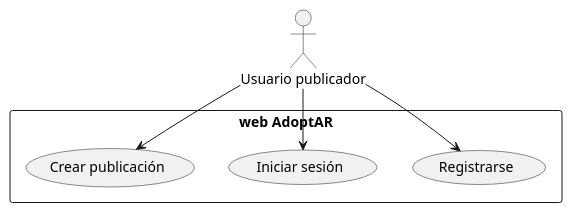
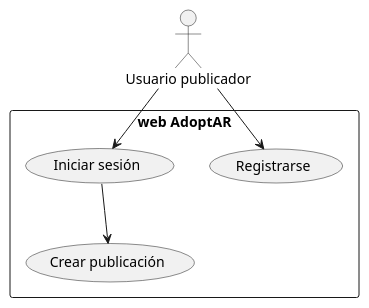
One commit to fedef1982/2025-TUP-Prog3-TP-Grupo2 changed the diagram in documentacion/diagramas/casos_de_uso1.puml. Above: the diagram before and after it, drawn with PlantUML. The commit also changed 3 other files, not shown here.

```diff
--- a/documentacion/diagramas/casos_de_uso1.puml
+++ b/documentacion/diagramas/casos_de_uso1.puml
@@ -1,20 +1,20 @@
-@startuml
+@startuml caso de uso 1
 
 'caso de uso 1 
 'Usuario publicador (registrado y autenticado):
 'Ver Registrarse o Iniciar sesión o Crear publicación
 
 actor "Usuario publicador" as Publicador
 
 rectangle "web AdoptAR" {
     
     (Registrarse) as Registrarse
     (Iniciar sesión) as IniciarSesion
     (Crear publicación) as CrearPublicacion
 }
 
 Publicador --> Registrarse
 Publicador --> IniciarSesion
-Publicador --> CrearPublicacion
+IniciarSesion --> CrearPublicacion
 
 @enduml
```
